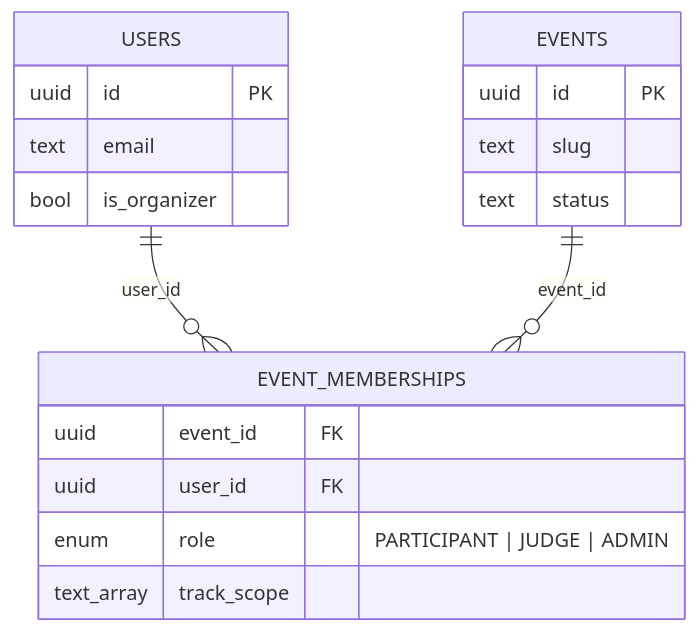
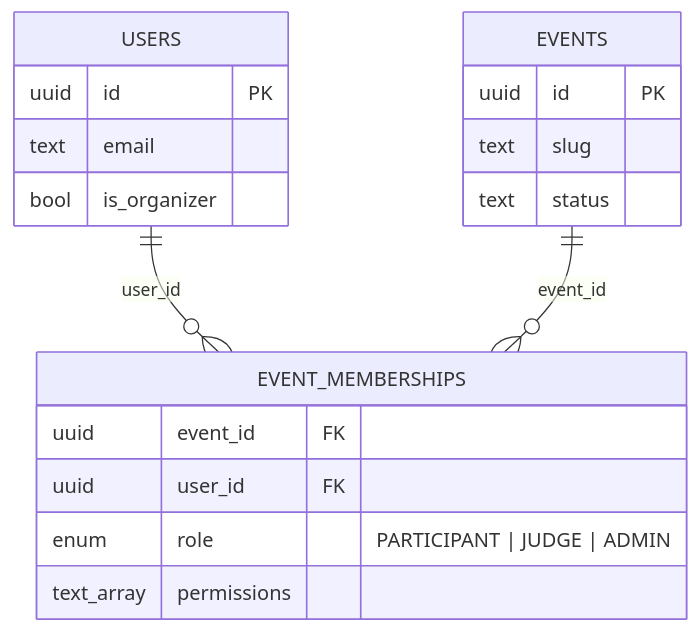
One commit to ikeshavvarshney/podium changed the first of 2 diagrams in DATA-MODEL.md. Above: the diagram before and after it, drawn with Mermaid. The commit also changed other lines of this file and 8 other files, not shown here.

````diff
--- a/DATA-MODEL.md
+++ b/DATA-MODEL.md
@@ -11,22 +11,22 @@
 ```mermaid
 erDiagram
     USERS ||--o{ EVENT_MEMBERSHIPS : "user_id"
     EVENTS ||--o{ EVENT_MEMBERSHIPS : "event_id"
 
     USERS {
         uuid id PK
         text email
         bool is_organizer
     }
     EVENTS {
         uuid id PK
         text slug
         text status
     }
     EVENT_MEMBERSHIPS {
         uuid event_id FK
         uuid user_id FK
         enum role "PARTICIPANT | JUDGE | ADMIN"
-        text_array track_scope
+        text_array permissions
     }
 ```
````
